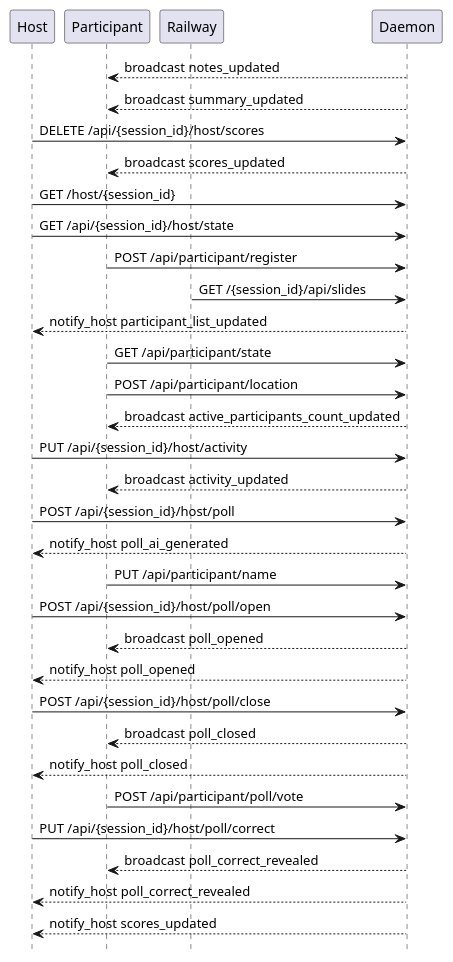
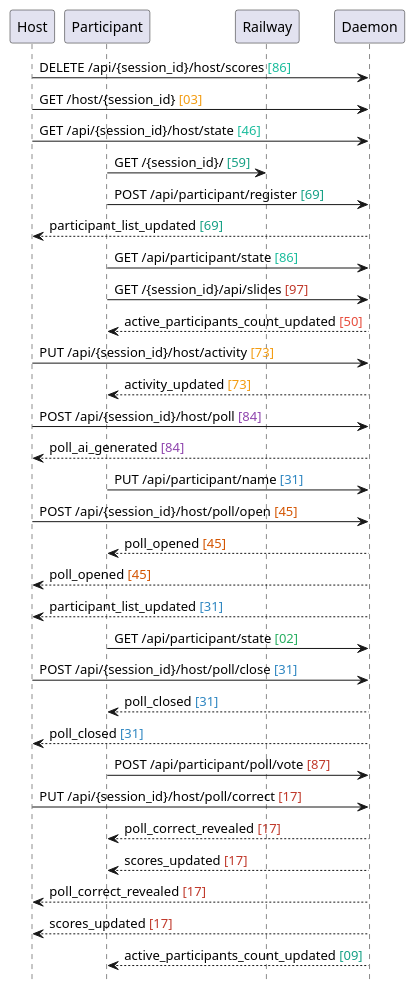
One commit to victorrentea/training-assistant changed the diagram in docs/sequences/extracted/03-poll-and-quiz.puml. Above: the diagram before and after it, drawn with PlantUML. The commit also changed 5 other files, not shown here.

Commit message:
docs: regenerated slides sequence — clean named actors, no generic Participant

```diff
--- a/docs/sequences/extracted/03-poll-and-quiz.puml
+++ b/docs/sequences/extracted/03-poll-and-quiz.puml
@@ -1,38 +1,39 @@
 @startuml
 hide footbox
 
 participant "Host"
 participant "Participant"
 participant "Railway"
 participant "Daemon"
 
-"Daemon" --> "Participant": broadcast notes_updated
-"Daemon" --> "Participant": broadcast summary_updated
-"Host" -> "Daemon": DELETE /api/{session_id}/host/scores
-"Daemon" --> "Participant": broadcast scores_updated
-"Host" -> "Daemon": GET /host/{session_id}
-"Host" -> "Daemon": GET /api/{session_id}/host/state
-"Participant" -> "Daemon": POST /api/participant/register
-"Railway" -> "Daemon": GET /{session_id}/api/slides
-"Daemon" --> "Host": notify_host participant_list_updated
-"Participant" -> "Daemon": GET /api/participant/state
-"Participant" -> "Daemon": POST /api/participant/location
-"Daemon" --> "Participant": broadcast active_participants_count_updated
-"Host" -> "Daemon": PUT /api/{session_id}/host/activity
-"Daemon" --> "Participant": broadcast activity_updated
-"Host" -> "Daemon": POST /api/{session_id}/host/poll
-"Daemon" --> "Host": notify_host poll_ai_generated
-"Participant" -> "Daemon": PUT /api/participant/name
-"Host" -> "Daemon": POST /api/{session_id}/host/poll/open
-"Daemon" --> "Participant": broadcast poll_opened
-"Daemon" --> "Host": notify_host poll_opened
-"Host" -> "Daemon": POST /api/{session_id}/host/poll/close
-"Daemon" --> "Participant": broadcast poll_closed
-"Daemon" --> "Host": notify_host poll_closed
-"Participant" -> "Daemon": POST /api/participant/poll/vote
-"Host" -> "Daemon": PUT /api/{session_id}/host/poll/correct
-"Daemon" --> "Participant": broadcast poll_correct_revealed
-"Daemon" --> "Host": notify_host poll_correct_revealed
-"Daemon" --> "Host": notify_host scores_updated
+"Host" -> "Daemon": DELETE /api/{session_id}/host/scores <color:#1ABC9C>[86]</color>
+"Host" -> "Daemon": GET /host/{session_id} <color:#F39C12>[03]</color>
+"Host" -> "Daemon": GET /api/{session_id}/host/state <color:#1ABC9C>[46]</color>
+"Participant" -> "Railway": GET /{session_id}/ <color:#16A085>[59]</color>
+"Participant" -> "Daemon": POST /api/participant/register <color:#16A085>[69]</color>
+"Daemon" --> "Host": participant_list_updated <color:#16A085>[69]</color>
+"Participant" -> "Daemon": GET /api/participant/state <color:#1ABC9C>[86]</color>
+"Participant" -> "Daemon": GET /{session_id}/api/slides <color:#C0392B>[97]</color>
+"Daemon" --> "Participant": active_participants_count_updated <color:#E74C3C>[50]</color>
+"Host" -> "Daemon": PUT /api/{session_id}/host/activity <color:#F39C12>[73]</color>
+"Daemon" --> "Participant": activity_updated <color:#F39C12>[73]</color>
+"Host" -> "Daemon": POST /api/{session_id}/host/poll <color:#8E44AD>[84]</color>
+"Daemon" --> "Host": poll_ai_generated <color:#8E44AD>[84]</color>
+"Participant" -> "Daemon": PUT /api/participant/name <color:#2E86C1>[31]</color>
+"Host" -> "Daemon": POST /api/{session_id}/host/poll/open <color:#D35400>[45]</color>
+"Daemon" --> "Participant": poll_opened <color:#D35400>[45]</color>
+"Daemon" --> "Host": poll_opened <color:#D35400>[45]</color>
+"Daemon" --> "Host": participant_list_updated <color:#2E86C1>[31]</color>
+"Participant" -> "Daemon": GET /api/participant/state <color:#27AE60>[02]</color>
+"Host" -> "Daemon": POST /api/{session_id}/host/poll/close <color:#2E86C1>[31]</color>
+"Daemon" --> "Participant": poll_closed <color:#2E86C1>[31]</color>
+"Daemon" --> "Host": poll_closed <color:#2E86C1>[31]</color>
+"Participant" -> "Daemon": POST /api/participant/poll/vote <color:#C0392B>[87]</color>
+"Host" -> "Daemon": PUT /api/{session_id}/host/poll/correct <color:#C0392B>[17]</color>
+"Daemon" --> "Participant": poll_correct_revealed <color:#C0392B>[17]</color>
+"Daemon" --> "Participant": scores_updated <color:#C0392B>[17]</color>
+"Daemon" --> "Host": poll_correct_revealed <color:#C0392B>[17]</color>
+"Daemon" --> "Host": scores_updated <color:#C0392B>[17]</color>
+"Daemon" --> "Participant": active_participants_count_updated <color:#16A085>[09]</color>
 
 @enduml
```
